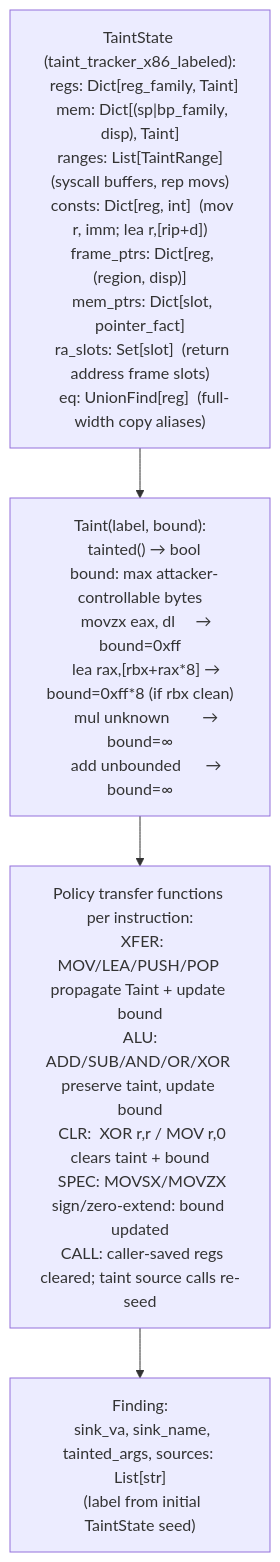
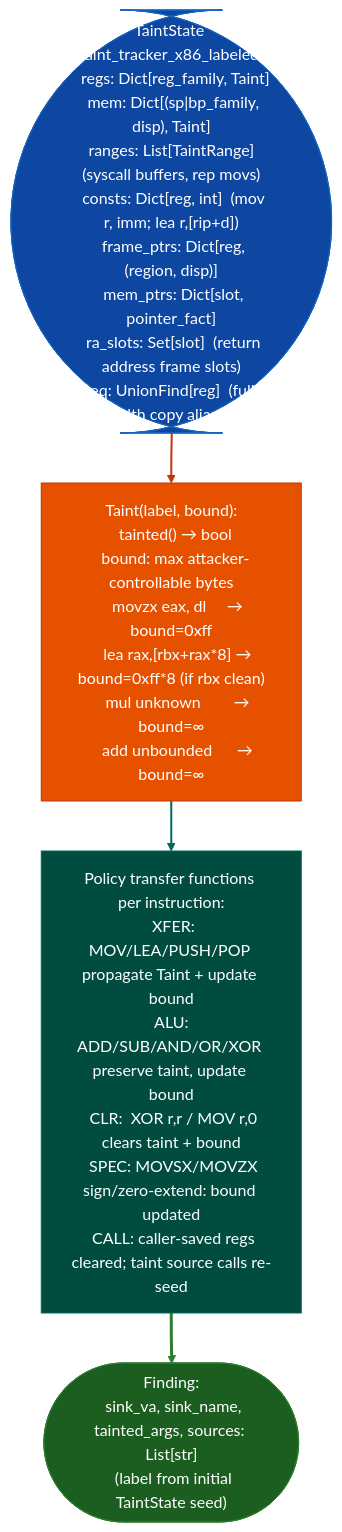
One commit to Ablation-Tool/ablation changed the diagram in docs/reference-modules/named-taint-sources-and-bounds.md. Above: the diagram before and after it, drawn with Mermaid. The commit also changed 320 other files, not shown here.

First line of the commit message:
docs: apply canonical Mermaid template to all 321 diagrams

````diff
--- a/docs/reference-modules/named-taint-sources-and-bounds.md
+++ b/docs/reference-modules/named-taint-sources-and-bounds.md
@@ -19,6 +19,15 @@
 ```mermaid
 flowchart TD
-    A["TaintState (taint_tracker_x86_labeled):\n  regs: Dict[reg_family, Taint]\n  mem: Dict[(sp|bp_family, disp), Taint]\n  ranges: List[TaintRange]  (syscall buffers, rep movs)\n  consts: Dict[reg, int]  (mov r, imm; lea r,[rip+d])\n  frame_ptrs: Dict[reg, (region, disp)]\n  mem_ptrs: Dict[slot, pointer_fact]\n  ra_slots: Set[slot]  (return address frame slots)\n  eq: UnionFind[reg]  (full-width copy aliases)"] --> B["Taint(label, bound):\n  tainted() → bool\n  bound: max attacker-controllable bytes\n    movzx eax, dl     → bound=0xff\n    lea rax,[rbx+rax*8] → bound=0xff*8 (if rbx clean)\n    mul unknown        → bound=∞\n    add unbounded      → bound=∞"]
-    B --> C["Policy transfer functions per instruction:\n  XFER: MOV/LEA/PUSH/POP propagate Taint + update bound\n  ALU:  ADD/SUB/AND/OR/XOR preserve taint, update bound\n  CLR:  XOR r,r / MOV r,0 clears taint + bound\n  SPEC: MOVSX/MOVZX sign/zero-extend: bound updated\n  CALL: caller-saved regs cleared; taint source calls re-seed"]
-    C --> D["Finding:\n  sink_va, sink_name, tainted_args, sources: List[str]\n  (label from initial TaintState seed)"]
+    A(["TaintState (taint_tracker_x86_labeled):\n  regs: Dict[reg_family, Taint]\n  mem: Dict[(sp|bp_family, disp), Taint]\n  ranges: List[TaintRange]  (syscall buffers, rep movs)\n  consts: Dict[reg, int]  (mov r, imm; lea r,[rip+d])\n  frame_ptrs: Dict[reg, (region, disp)]\n  mem_ptrs: Dict[slot, pointer_fact]\n  ra_slots: Set[slot]  (return address frame slots)\n  eq: UnionFind[reg]  (full-width copy aliases)"]):::input --> B["Taint(label, bound):\n  tainted() → bool\n  bound: max attacker-controllable bytes\n    movzx eax, dl     → bound=0xff\n    lea rax,[rbx+rax*8] → bound=0xff*8 (if rbx clean)\n    mul unknown        → bound=∞\n    add unbounded      → bound=∞"]:::primary
+    B:::primary --> C["Policy transfer functions per instruction:\n  XFER: MOV/LEA/PUSH/POP propagate Taint + update bound\n  ALU:  ADD/SUB/AND/OR/XOR preserve taint, update bound\n  CLR:  XOR r,r / MOV r,0 clears taint + bound\n  SPEC: MOVSX/MOVZX sign/zero-extend: bound updated\n  CALL: caller-saved regs cleared; taint source calls re-seed"]:::secondary
+    C:::secondary --> D(["Finding:\n  sink_va, sink_name, tainted_args, sources: List[str]\n  (label from initial TaintState seed)"]):::output
+    classDef input     fill:#0d47a1,stroke:#1565c0,color:#fff
+    classDef primary   fill:#e65100,stroke:#bf360c,color:#fff
+    classDef secondary fill:#004d40,stroke:#00695c,color:#fff
+    classDef tertiary  fill:#4a148c,stroke:#6a1b9a,color:#fff
+    classDef neutral   fill:#37474f,stroke:#546e7a,color:#fff
+    classDef output    fill:#1b5e20,stroke:#2e7d32,color:#fff
+    linkStyle 0 stroke:#bf360c,stroke-width:2px
+    linkStyle 1 stroke:#00695c,stroke-width:2px
+    linkStyle 2 stroke:#2e7d32,stroke-width:3px
 ```
````
